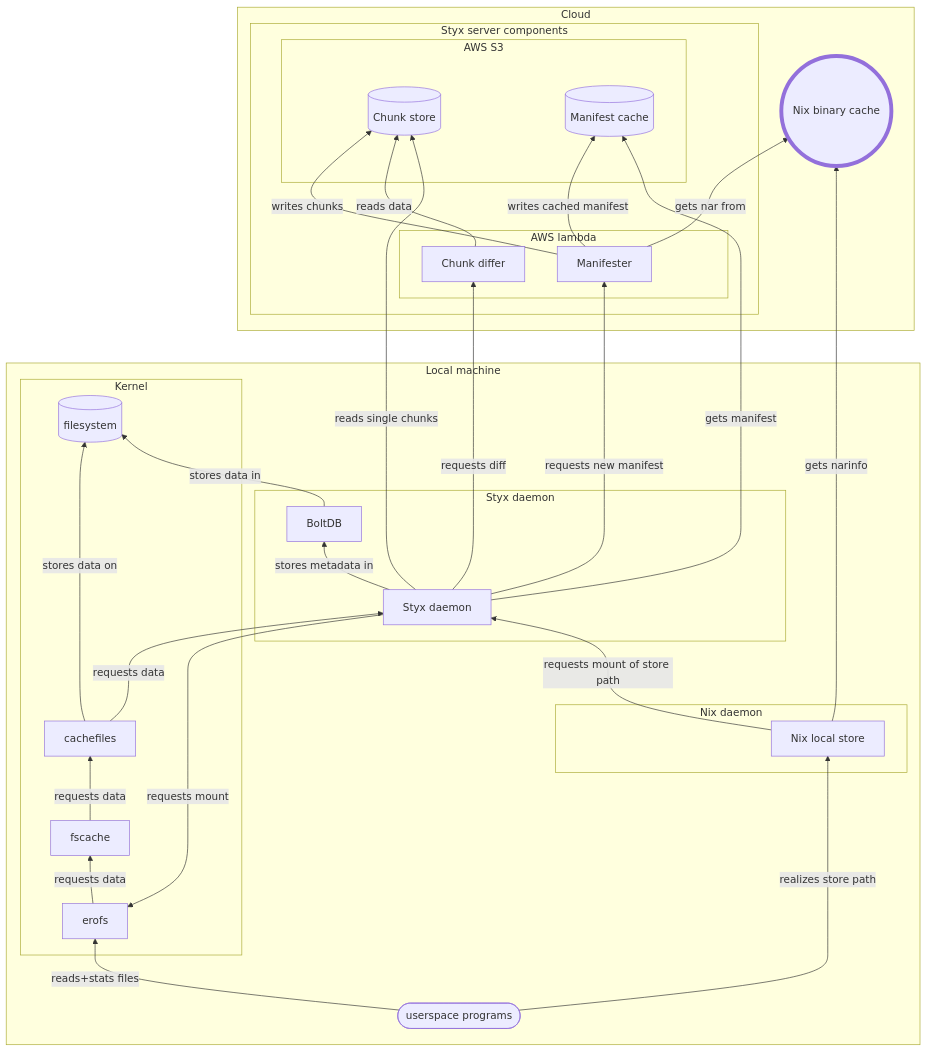
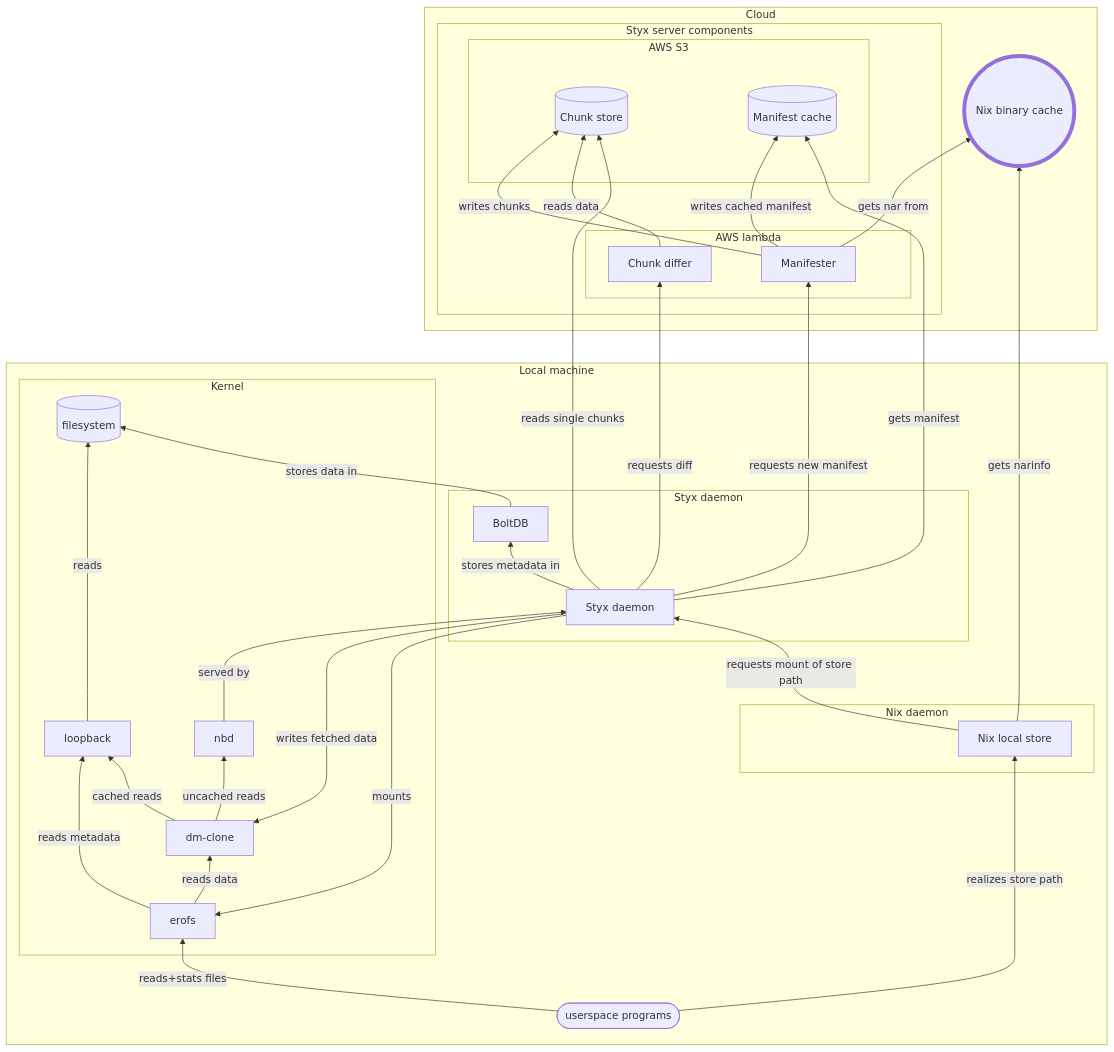
The diagram in README.md (dnr/styx), drawn with Mermaid before and after one commit. The commit also changed other lines of this file, not shown here.

````diff
--- a/README.md
+++ b/README.md
@@ -118,55 +136,59 @@
 ```mermaid
 flowchart BT
     subgraph localmachine[Local machine]
         subgraph kernel[Kernel]
             erofs
-            fscache
-            cachefiles
+            dmclone[dm-clone]
+            nbd
+            loopback
             filesystem[(filesystem)]
         end
         subgraph sd[Styx daemon]
             styxdaemon[Styx daemon]
             boltdb[BoltDB]
         end
         userspace([userspace programs])
         subgraph Nix daemon
             nixdaemon[Nix local store]
         end
     end
 
     subgraph cloud[Cloud]
         nixcache((&nbsp; Nix binary cache &nbsp;))
         subgraph ssc[Styx server components]
             subgraph lambda[AWS lambda]
                 manifester[Manifester]
                 chunkdiffer[Chunk differ]
             end
             subgraph s3[AWS S3]
                 chunkstore[(Chunk store)]
                 manifestcache[(Manifest cache)]
             end
         end
     end
 
     manifester-- gets nar from -->nixcache
     manifester-- writes cached manifest -->manifestcache
     manifester-- writes chunks -->chunkstore
     chunkdiffer-- reads data -->chunkstore
-    erofs-- requests data -->fscache
-    cachefiles-- requests data -->styxdaemon
+    erofs-- reads data -->dmclone
+    erofs-- reads metadata -->loopback
+    dmclone-- uncached reads -->nbd
+    dmclone-- cached reads -->loopback
+    loopback-- reads -->filesystem
+    nbd-- served by -->styxdaemon
+    styxdaemon-- writes fetched data -->dmclone
     userspace-- reads+stats files -->erofs
     userspace-- realizes store path -->nixdaemon
     nixdaemon-- requests mount of store path -->styxdaemon
     styxdaemon-- requests new manifest -->manifester
     styxdaemon-- requests diff -->chunkdiffer
     styxdaemon-- reads single chunks ----->chunkstore
     styxdaemon-- gets manifest ----->manifestcache
     nixdaemon-- gets narinfo -->nixcache
-    fscache-- requests data -->cachefiles
-    cachefiles-- stores data on -->filesystem
     styxdaemon-- stores metadata in -->boltdb
     boltdb-- stores data in -->filesystem
-    styxdaemon-- requests mount -->erofs
+    styxdaemon-- mounts -->erofs
 
     style nixcache stroke-width:6px
 ```
````
